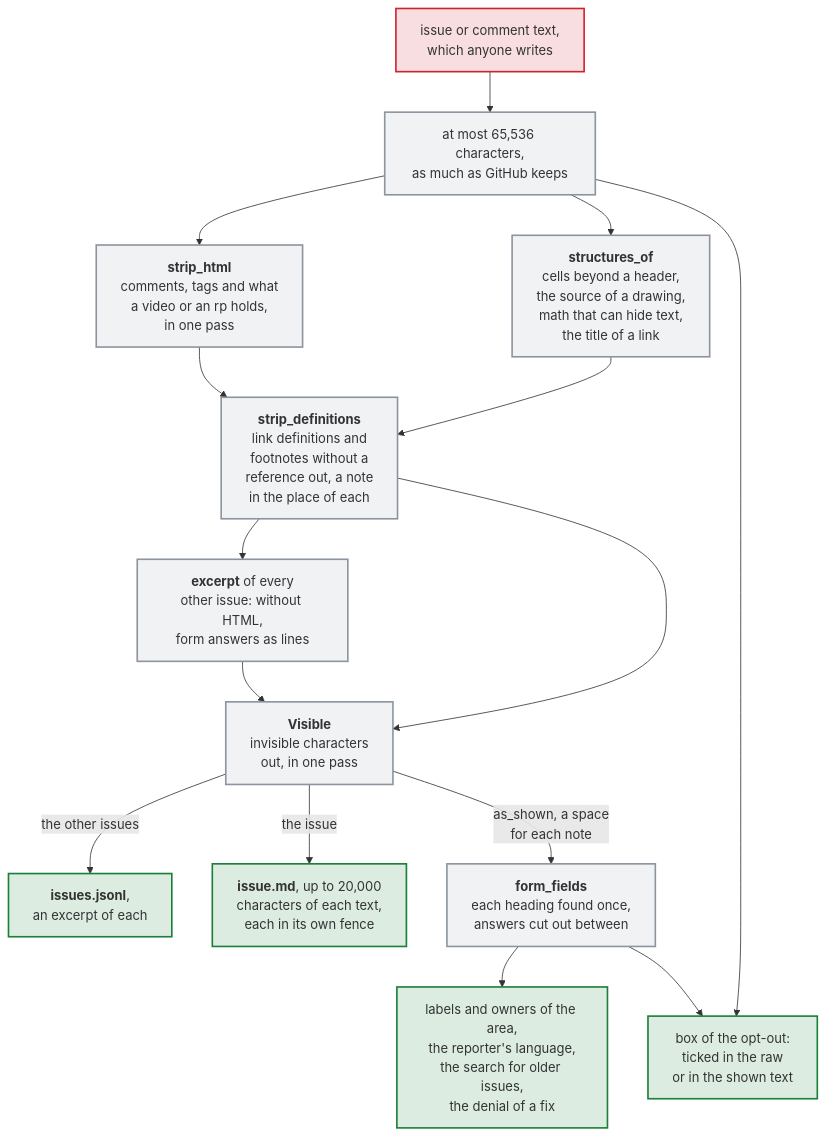
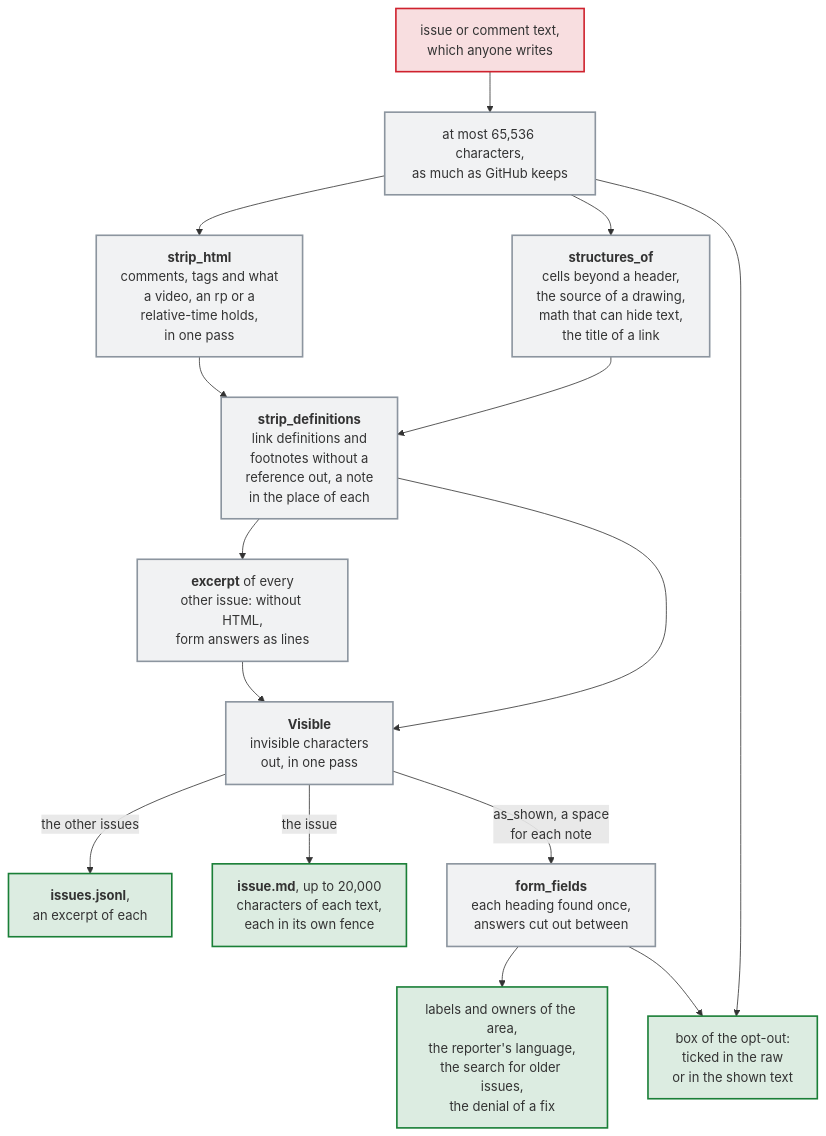
One commit to Dennis-Otto/issue-assistant changed the diagram in docs/diagrams/how-the-assistant-reads-the-text-of-an-issue.mmd. Above: the diagram before and after it, drawn with Mermaid. The commit also changed 12 other files, not shown here.

First line of the commit message:
fix(context): the AI no longer reads what a relative-time element holds (#515)

```diff
--- a/docs/diagrams/how-the-assistant-reads-the-text-of-an-issue.mmd
+++ b/docs/diagrams/how-the-assistant-reads-the-text-of-an-issue.mmd
@@ -1,23 +1,23 @@
 flowchart TB
   accTitle: How the assistant reads the text of an issue
   accDescr: The text of an issue or a comment, which anyone can write, is read up to GitHub's 65,536 characters. The HTML goes first, comments and tags in one pass, with what a video or the brackets of ruby hold, which no browser shows, and with the footnotes where GitHub hides the rest of the text; beside it, from the same text, the cells beyond the header of a table, the source of a diagram, a map or a 3D model and math that can hide text, each with a note in its place, and the title of a link or an image, which the page shows only on hover, with nothing in its place; what either takes out goes. Then the link reference definitions and the footnotes without a reference, which GitHub shows as nothing as well, each with a note in its place, for issue.md and for an excerpt of each other issue, whose form answers then become lines. Then the characters that GitHub shows as nothing go, in one pass, after the HTML, so that none can end an HTML comment that GitHub never ends. The excerpts go into issues.jsonl, and issue.md holds up to 20,000 characters of each text in a code fence that the text can't close. What the assistant decides from the reporter's words, the labels and owners of the area, the reporter's language, the search for older issues and the denial of a fix, it decides from this same shown text, with a space in the place of each note, whose form answers are cut out between their headings, which are found once. Only the box of the opt-out reads the raw text as well: it counts as ticked when it is ticked in the raw or in the shown text.
   text["issue or comment text,<br>which anyone writes"] --> cap["at most 65,536 characters,<br>as much as GitHub keeps"]
-  cap --> html["`**strip_html**<br>comments, tags and what<br>a video or an rp holds,<br>in one pass`"]
+  cap --> html["`**strip_html**<br>comments, tags and what<br>a video, an rp or a<br>relative-time holds,<br>in one pass`"]
   cap --> structures["`**structures_of**<br>cells beyond a header,<br>the source of a drawing,<br>math that can hide text,<br>the title of a link`"]
   structures --> definitions
   html --> definitions["`**strip_definitions**<br>link definitions and<br>footnotes without a<br>reference out, a note<br>in the place of each`"]
   definitions --> excerpt["`**excerpt** of every<br>other issue: without HTML,<br>form answers as lines`"]
   definitions --> visible["`**Visible**<br>invisible characters<br>out, in one pass`"]
   excerpt --> visible
   visible -- "the other issues" --> jsonl["`**issues.jsonl**,<br>an excerpt of each`"]
   visible -- "the issue" --> issue["`**issue.md**, up to 20,000<br>characters of each text,<br>each in its own fence`"]
   visible -- "as_shown, a space<br>for each note" --> forms["`**form_fields**<br>each heading found once,<br>answers cut out between`"]
   forms --> event["labels and owners of the area,<br>the reporter's language,<br>the search for older issues,<br>the denial of a fix"]
   cap --> box["box of the opt-out:<br>ticked in the raw<br>or in the shown text"]
   forms --> box
   classDef untrusted fill:#cf222e26,stroke:#cf222e,stroke-width:2px
   classDef job fill:#8c959f1f,stroke:#8c959f,stroke-width:2px
   classDef safe fill:#1a7f3726,stroke:#1a7f37,stroke-width:2px
   class text untrusted
   class cap,forms,excerpt,html,structures,definitions,visible job
   class event,box,jsonl,issue safe
```
